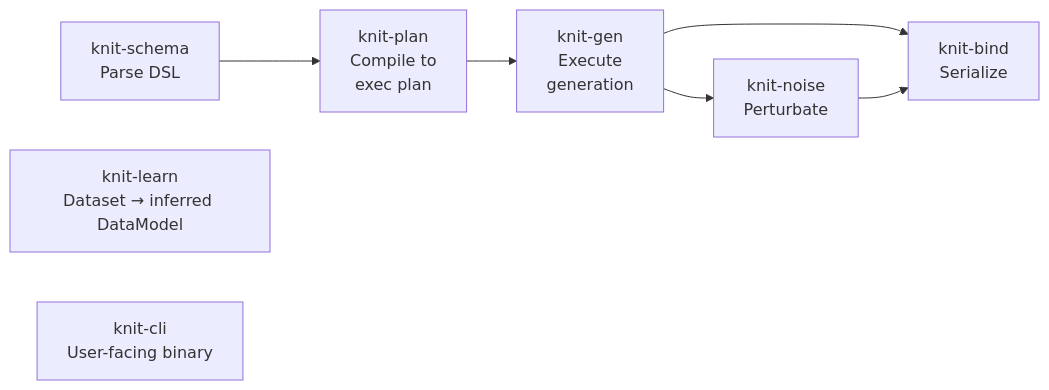
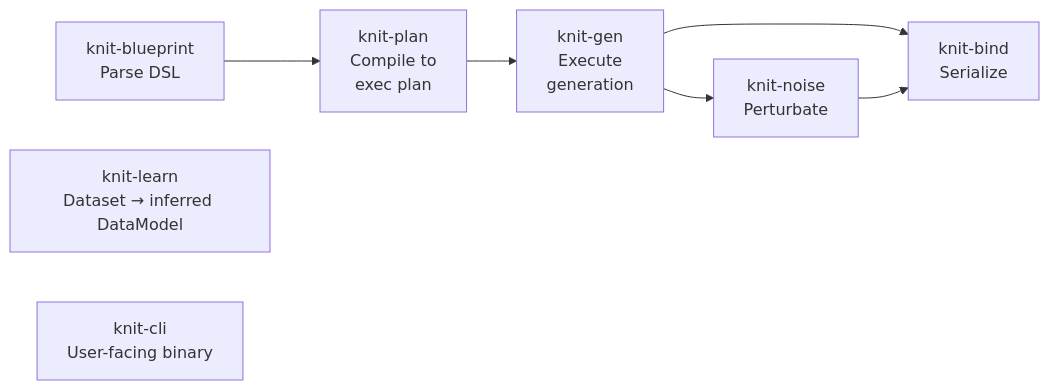
The second of 5 diagrams in design.md (Yaming-Hub/knit), drawn with Mermaid before and after one commit. The commit also changed other lines of this file and 99 other files, not shown here.

First line of the commit message:
refactor: rename 'schema' to 'blueprint' throughout codebase (#235)

````diff
--- a/design.md
+++ b/design.md
@@ -49,11 +49,11 @@
 ```mermaid
 flowchart LR
-    schema[knit-schema\nParse DSL] --> plan[knit-plan\nCompile to\nexec plan]
+    schema[knit-blueprint\nParse DSL] --> plan[knit-plan\nCompile to\nexec plan]
     plan --> gen[knit-gen\nExecute\ngeneration]
     gen --> noise[knit-noise\nPerturbate]
     gen --> bind[knit-bind\nSerialize]
     noise --> bind
 
     learn[knit-learn\nDataset → inferred DataModel]
     cli[knit-cli\nUser-facing binary]
 ```
````
